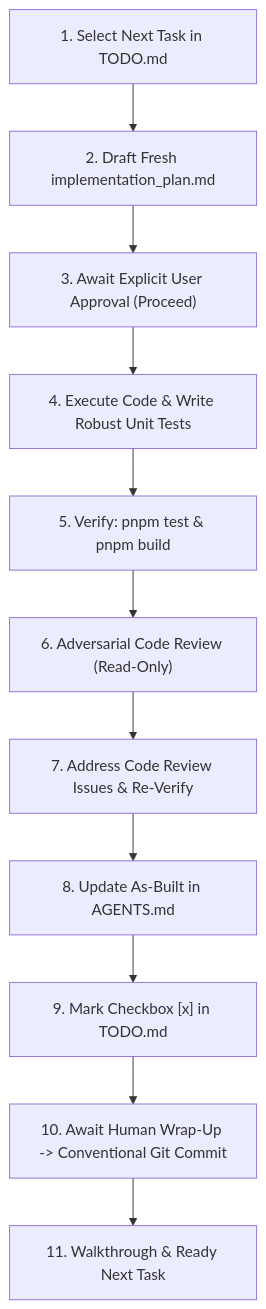
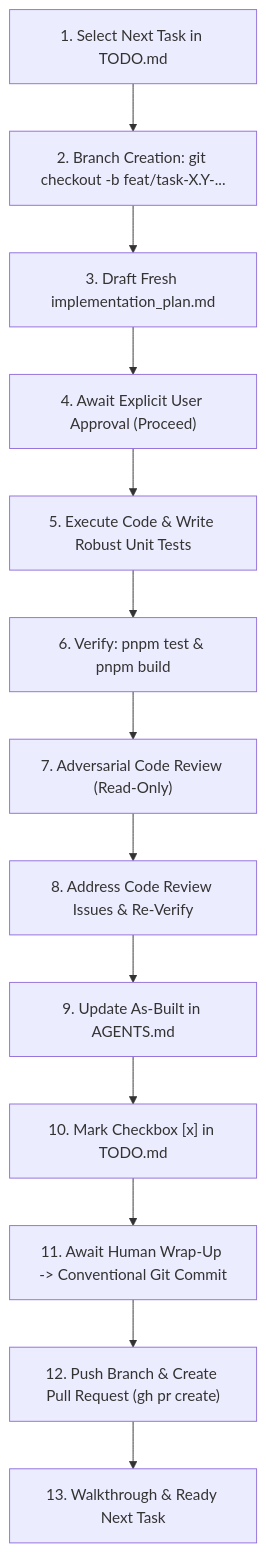
The diagram in .agents/skills/production-readiness-workflow/SKILL.md (carlosjosemm/pronto-insumos), drawn with Mermaid before and after one commit. The commit also changed other lines of this file, not shown here.

Commit message:
docs(workflow): integrate dedicated task branching and PR creation into production readiness skill

````diff
--- a/.agents/skills/production-readiness-workflow/SKILL.md
+++ b/.agents/skills/production-readiness-workflow/SKILL.md
@@ -21,13 +21,15 @@
 ```mermaid
 flowchart TD
-    A["1. Select Next Task in TODO.md"] --> B["2. Draft Fresh implementation_plan.md"]
-    B --> C["3. Await Explicit User Approval (Proceed)"]
-    C --> D["4. Execute Code & Write Robust Unit Tests"]
-    D --> E["5. Verify: pnpm test & pnpm build"]
-    E --> F["6. Adversarial Code Review (Read-Only)"]
-    F --> G["7. Address Code Review Issues & Re-Verify"]
-    G --> H["8. Update As-Built in AGENTS.md"]
-    H --> I["9. Mark Checkbox [x] in TODO.md"]
-    I --> J["10. Await Human Wrap-Up -> Conventional Git Commit"]
-    J --> K["11. Walkthrough & Ready Next Task"]
+    A["1. Select Next Task in TODO.md"] --> B["2. Branch Creation: git checkout -b feat/task-X.Y-..."]
+    B --> C["3. Draft Fresh implementation_plan.md"]
+    C --> D["4. Await Explicit User Approval (Proceed)"]
+    D --> E["5. Execute Code & Write Robust Unit Tests"]
+    E --> F["6. Verify: pnpm test & pnpm build"]
+    F --> G["7. Adversarial Code Review (Read-Only)"]
+    G --> H["8. Address Code Review Issues & Re-Verify"]
+    H --> I["9. Update As-Built in AGENTS.md"]
+    I --> J["10. Mark Checkbox [x] in TODO.md"]
+    J --> K["11. Await Human Wrap-Up -> Conventional Git Commit"]
+    K --> L["12. Push Branch & Create Pull Request (gh pr create)"]
+    L --> M["13. Walkthrough & Ready Next Task"]
 ```
````
